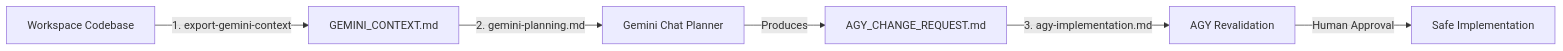
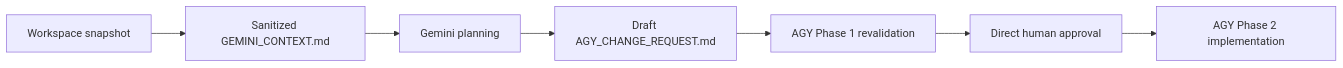
One commit to T3PM/export-gemini-context changed the diagram in README.md. Above: the diagram before and after it, drawn with Mermaid. The commit also changed other lines of this file and 10 other files, not shown here.

````diff
--- a/README.md
+++ b/README.md
@@ -16,8 +9,9 @@
-```mermaid
+~~~mermaid
 flowchart LR
-    A["Workspace Codebase"] -->|"1. export-gemini-context"| B["GEMINI_CONTEXT.md"]
-    B -->|"2. gemini-planning.md"| C["Gemini Chat Planner"]
-    C -->|"Produces"| D["AGY_CHANGE_REQUEST.md"]
-    D -->|"3. agy-implementation.md"| E["AGY Revalidation"]
-    E -->|"Human Approval"| F["Safe Implementation"]
-```
+    A["Workspace snapshot"] --> B["Sanitized GEMINI_CONTEXT.md"]
+    B --> C["Gemini planning"]
+    C --> D["Draft AGY_CHANGE_REQUEST.md"]
+    D --> E["AGY Phase 1 revalidation"]
+    E --> F["Direct human approval"]
+    F --> G["AGY Phase 2 implementation"]
+~~~
````
